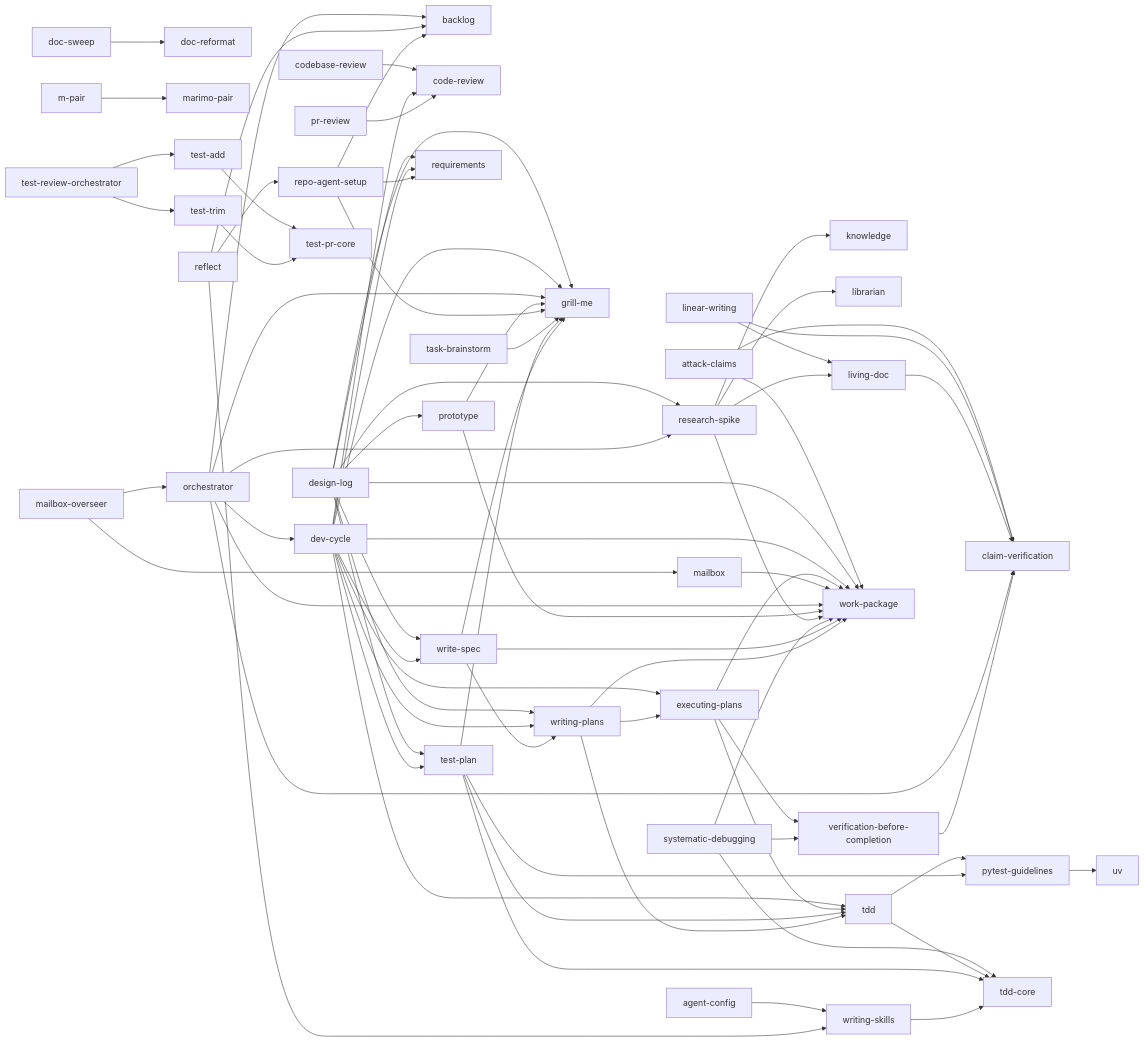
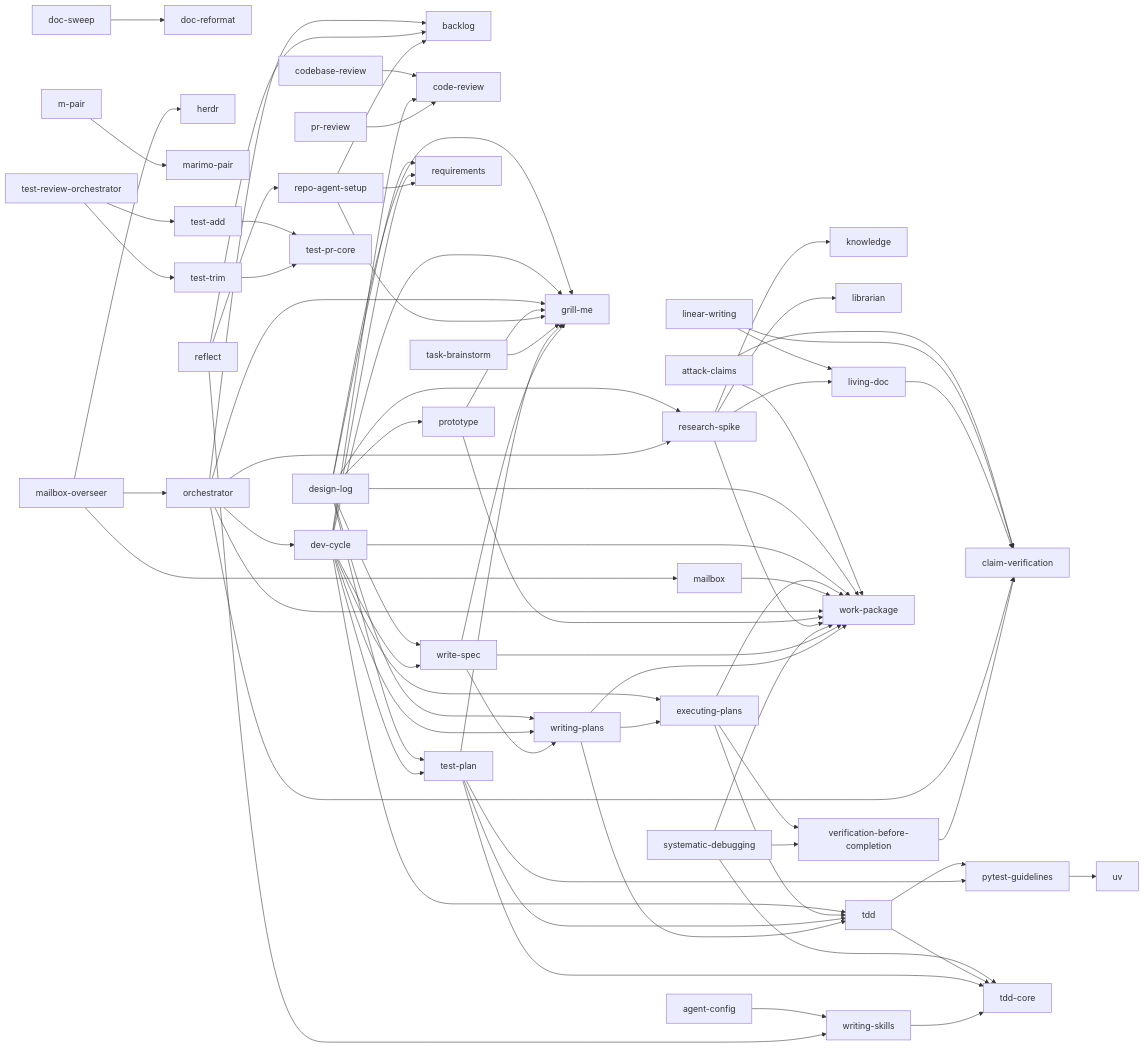
One commit to Haydeni0/agent-config changed the diagram in README.md. Above: the diagram before and after it, drawn with Mermaid. The commit also changed 5 other files, not shown here.

```diff
--- a/README.md
+++ b/README.md
@@ -193,7 +193,7 @@
     %% fetch_paper[fetch-paper]
     grill_me[grill-me]
     %% handoff[handoff]
-    %% herdr[herdr]
+    herdr[herdr]
     %% jupyter_to_marimo[jupyter-to-marimo]
     knowledge[knowledge]
     %% kubectl[kubectl]
@@ -276,6 +276,7 @@
     mailbox --> work_package
     mailbox_overseer --> mailbox
     mailbox_overseer --> orchestrator
+    mailbox_overseer --> herdr
     orchestrator --> grill_me
     orchestrator --> backlog
     orchestrator --> dev_cycle
```
